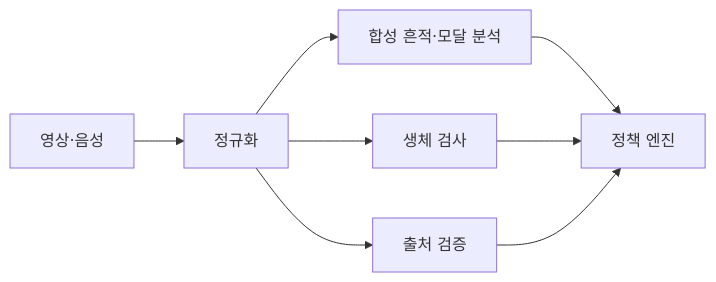
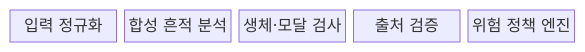
One commit to agnusdei1207/knowledge-base changed the first of 2 diagrams in src/content/docs/notes/05-security/092_deepfake_detection.md. Above: the diagram before and after it, drawn with Mermaid. The commit also changed other lines of this file and 3 other files, not shown here.

````diff
--- a/src/content/docs/notes/05-security/092_deepfake_detection.md
+++ b/src/content/docs/notes/05-security/092_deepfake_detection.md
@@ -56,10 +57,9 @@
 ```mermaid
-flowchart LR
-    M[영상·음성] --> N[정규화]
-    N --> A[합성 흔적·모달 분석]
-    N --> B[생체 검사]
-    N --> P[출처 검증]
-    A --> E[정책 엔진]
-    B --> E
-    P --> E
+block-beta
+  columns 5
+  A["입력 정규화"]
+  B["합성 흔적 분석"]
+  C["생체·모달 검사"]
+  D["출처 검증"]
+  E["위험 정책 엔진"]
 ```
````
